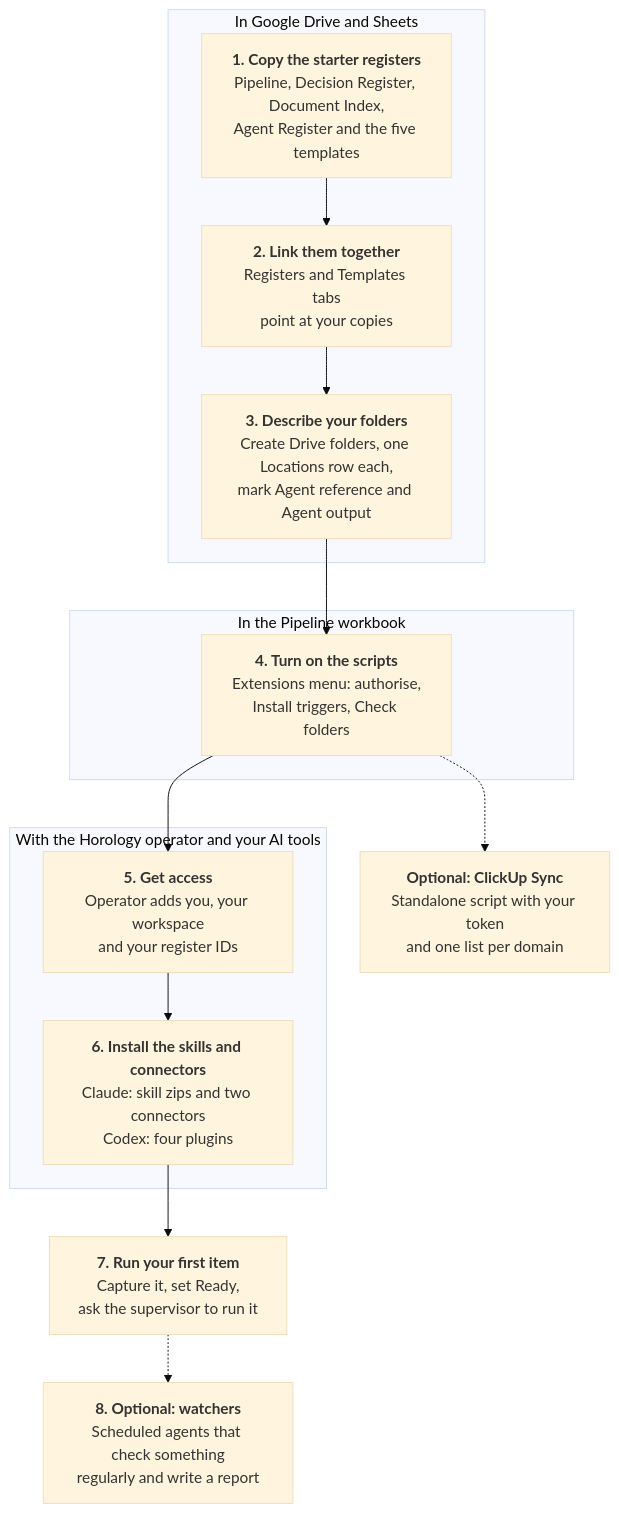
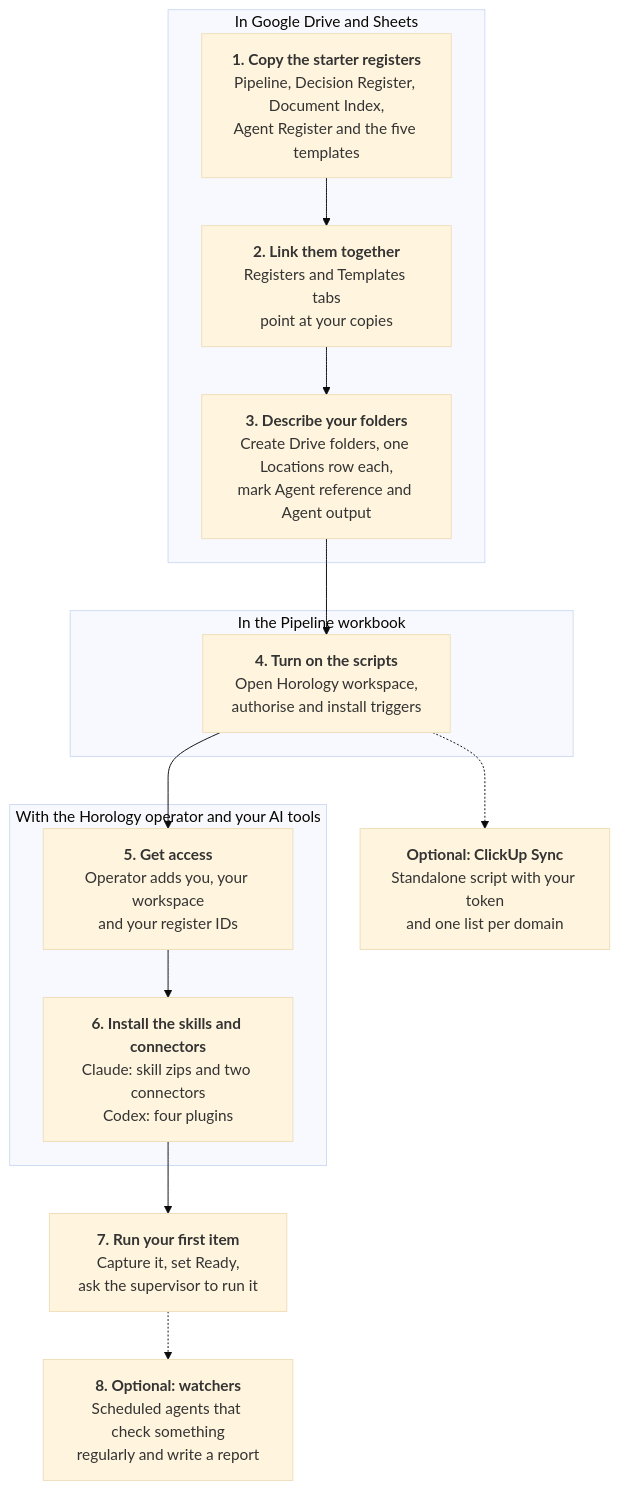
One commit to Welladino/Horology changed the first of 3 diagrams in docs/runbook/setup/setup.md. Above: the diagram before and after it, drawn with Mermaid (base theme). The commit also changed other lines of this file and 48 other files, not shown here.

Commit message:
Add Horology workspace reviews, folders, and Stage 4 synthesis

````diff
--- a/docs/runbook/setup/setup.md
+++ b/docs/runbook/setup/setup.md
@@ -5,21 +5,21 @@
 ```mermaid
 flowchart TB
   subgraph g1["In Google Drive and Sheets"]
     s1["<b>1. Copy the starter registers</b><br/>Pipeline, Decision Register, Document Index,<br/>Agent Register and the five templates"]
     s2["<b>2. Link them together</b><br/>Registers and Templates tabs<br/>point at your copies"]
     s3["<b>3. Describe your folders</b><br/>Create Drive folders, one Locations row each,<br/>mark Agent reference and Agent output"]
   end
   subgraph g2["In the Pipeline workbook"]
-    s4["<b>4. Turn on the scripts</b><br/>Extensions menu: authorise,<br/>Install triggers, Check folders"]
+    s4["<b>4. Turn on the scripts</b><br/>Open Horology workspace,<br/>authorise and install triggers"]
   end
   subgraph g3["With the Horology operator and your AI tools"]
     s5["<b>5. Get access</b><br/>Operator adds you, your workspace<br/>and your register IDs"]
     s6["<b>6. Install the skills and connectors</b><br/>Claude: skill zips and two connectors<br/>Codex: four plugins"]
   end
   s7["<b>7. Run your first item</b><br/>Capture it, set Ready,<br/>ask the supervisor to run it"]
   s8["<b>Optional: ClickUp Sync</b><br/>Standalone script with your token<br/>and one list per domain"]
   s9["<b>8. Optional: watchers</b><br/>Scheduled agents that check something<br/>regularly and write a report"]
   s1 --> s2 --> s3 --> s4 --> s5 --> s6 --> s7
   s4 -.-> s8
   s7 -.-> s9
 ```
````
